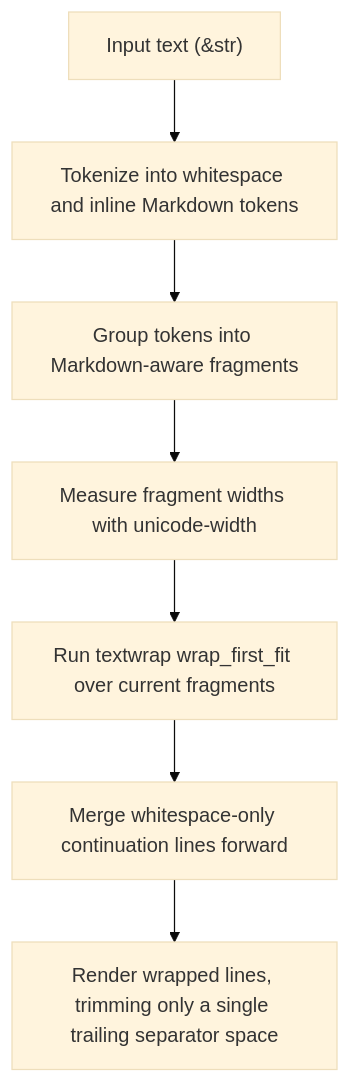
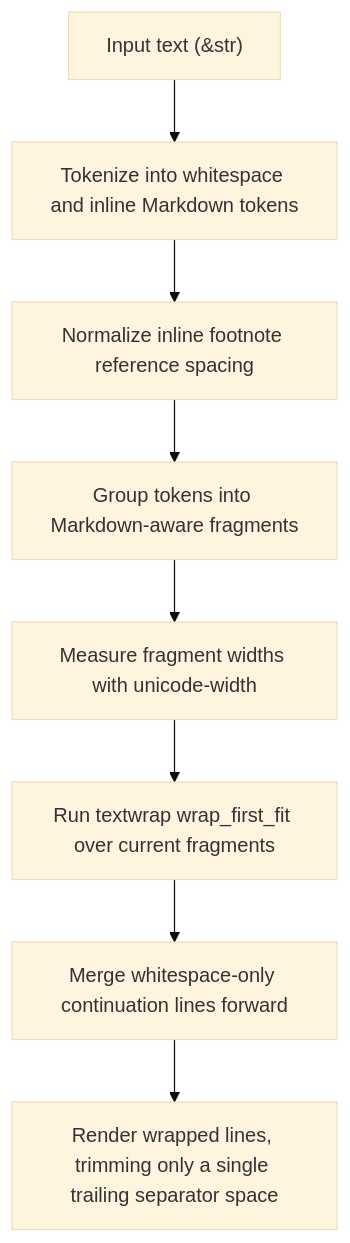
Before and after one commit to leynos/mdtablefix: the third of 6 diagrams in docs/architecture.md, drawn with Mermaid (base theme). The commit also changed other lines of this file and 7 other files, not shown here.

First line of the commit message:
Preserve inline GFM footnote reference attachment (#353) (#355)

````diff
--- a/docs/architecture.md
+++ b/docs/architecture.md
@@ -411,9 +411,10 @@
 ```mermaid
 flowchart TD
     A["Input text (&str)"] --> B["Tokenize into whitespace and inline Markdown tokens"]
-    B --> C["Group tokens into Markdown-aware fragments"]
-    C --> D["Measure fragment widths with unicode-width"]
-    D --> E["Run textwrap wrap_first_fit over current fragments"]
-    E --> F["Merge whitespace-only continuation lines forward"]
-    F --> G["Render wrapped lines, trimming only a single trailing separator space"]
+    B --> C["Normalize inline footnote reference spacing"]
+    C --> D["Group tokens into Markdown-aware fragments"]
+    D --> E["Measure fragment widths with unicode-width"]
+    E --> F["Run textwrap wrap_first_fit over current fragments"]
+    F --> G["Merge whitespace-only continuation lines forward"]
+    G --> H["Render wrapped lines, trimming only a single trailing separator space"]
 ```
````
